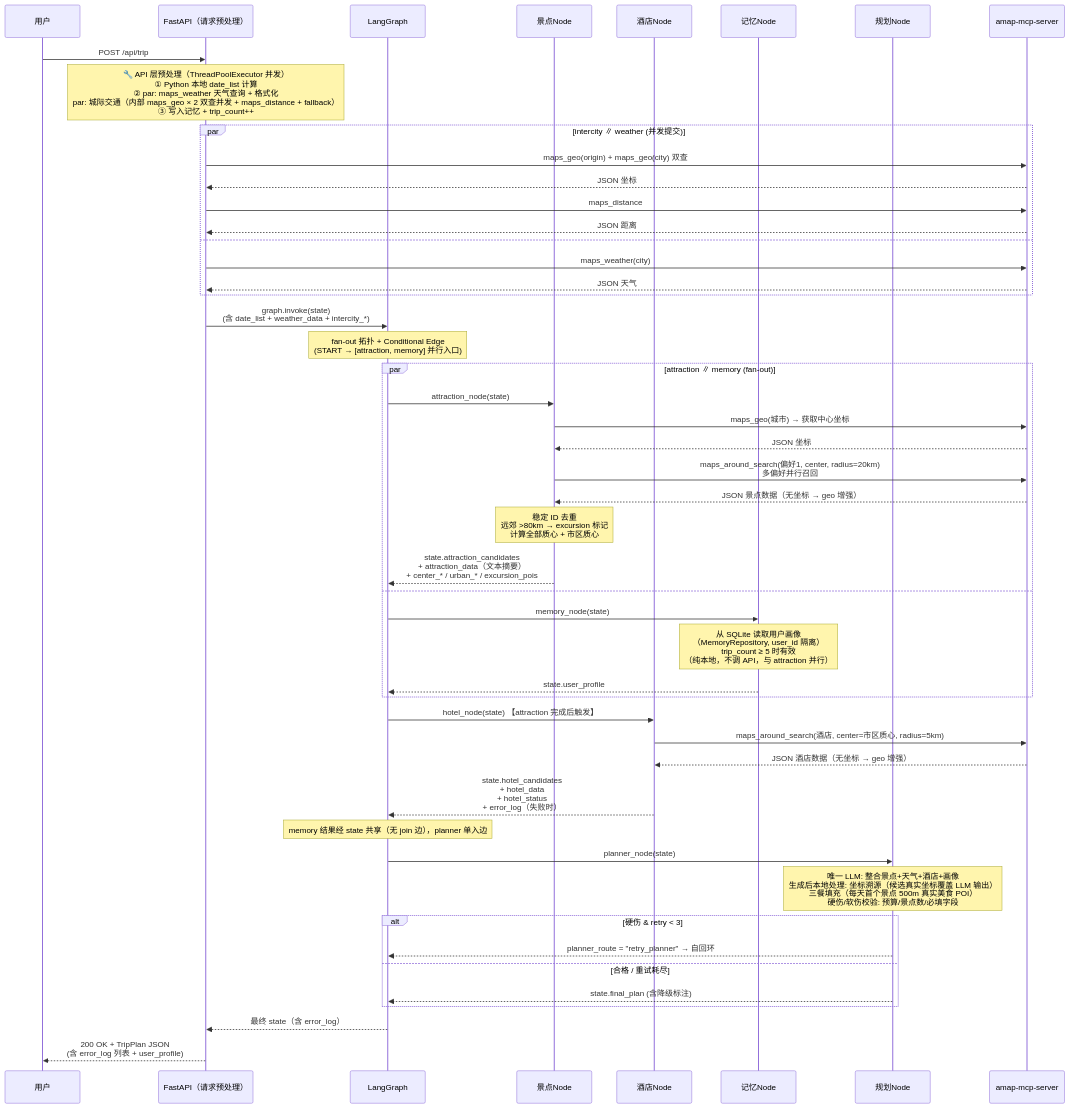
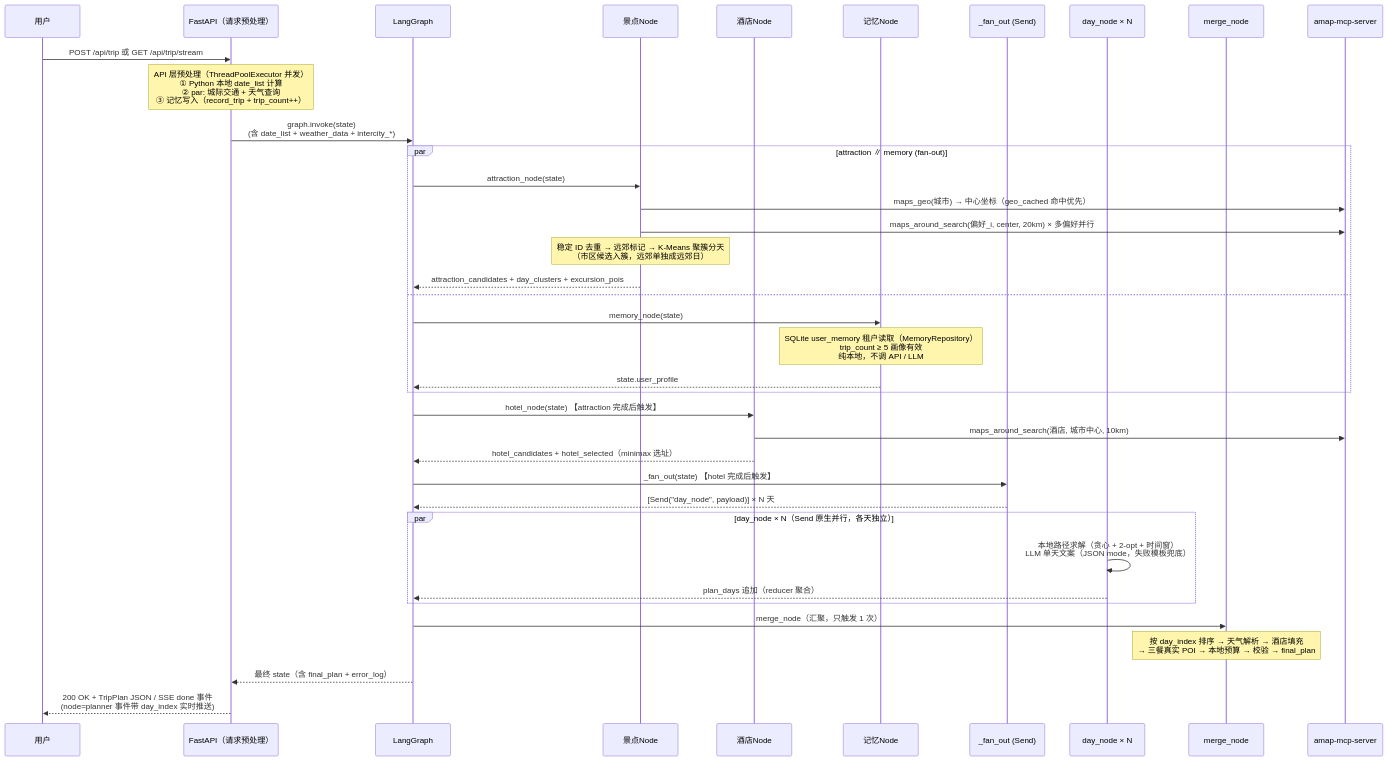
The third of 9 diagrams in ARCHITECTURE.md (SuperGODOG/tripplanner), drawn with Mermaid before and after one commit. The commit also changed other lines of this file and 4 other files, not shown here.

First line of the commit message:
docs: README 重写美化（mermaid 架构图 + badges）+ 架构文档全面同步 v3

````diff
--- a/ARCHITECTURE.md
+++ b/ARCHITECTURE.md
@@ -106,61 +126,49 @@
 ```mermaid
 sequenceDiagram
     participant User as 用户
     participant API as FastAPI（请求预处理）
     participant Graph as LangGraph
     participant Attr as 景点Node
     participant Hotel as 酒店Node
     participant Mem as 记忆Node
-    participant Plan as 规划Node
+    participant FO as _fan_out (Send)
+    participant Day as day_node × N
+    participant Merge as merge_node
     participant MCP as amap-mcp-server
 
-    User->>API: POST /api/trip
+    User->>API: POST /api/trip 或 GET /api/trip/stream
 
-    Note over API: 🔧 API 层预处理（ThreadPoolExecutor 并发）<br/>① Python 本地 date_list 计算<br/>② par: maps_weather 天气查询 + 格式化<br/>   par: 城际交通（内部 maps_geo × 2 双查并发 + maps_distance + fallback）<br/>③ 写入记忆 + trip_count++
-
-    par intercity ∥ weather (并发提交)
-        API->>MCP: maps_geo(origin) + maps_geo(city) 双查
-        MCP-->>API: JSON 坐标
-        API->>MCP: maps_distance
-        MCP-->>API: JSON 距离
-    and
-        API->>MCP: maps_weather(city)
-        MCP-->>API: JSON 天气
-    end
+    Note over API: API 层预处理（ThreadPoolExecutor 并发）<br/>① Python 本地 date_list 计算<br/>② par: 城际交通 + 天气查询<br/>③ 记忆写入（record_trip + trip_count++）
 
     API->>Graph: graph.invoke(state)<br/>(含 date_list + weather_data + intercity_*)
 
-    Note over Graph: fan-out 拓扑 + Conditional Edge<br/>(START → [attraction, memory] 并行入口)
-
     par attraction ∥ memory (fan-out)
         Graph->>Attr: attraction_node(state)
-        Attr->>MCP: maps_geo(城市) → 获取中心坐标
-        MCP-->>Attr: JSON 坐标
-        Attr->>MCP: maps_around_search(偏好1, center, radius=20km)<br/>多偏好并行召回
-        MCP-->>Attr: JSON 景点数据（无坐标 → geo 增强）
-        Note over Attr: 稳定 ID 去重<br/>远郊 >80km → excursion 标记<br/>计算全部质心 + 市区质心
-        Attr-->>Graph: state.attraction_candidates<br/>+ attraction_data（文本摘要）<br/>+ center_* / urban_* / excursion_pois
+        Attr->>MCP: maps_geo(城市) → 中心坐标（geo_cached 命中优先）
+        Attr->>MCP: maps_around_search(偏好_i, center, 20km) × 多偏好并行
+        Note over Attr: 稳定 ID 去重 → 远郊标记 → K-Means 聚簇分天<br/>（市区候选入簇，远郊单独成远郊日）
+        Attr-->>Graph: attraction_candidates + day_clusters + excursion_pois
     and
         Graph->>Mem: memory_node(state)
-        Note over Mem: 从 SQLite 读取用户画像<br/>（MemoryRepository, user_id 隔离）<br/>trip_count ≥ 5 时有效<br/>（纯本地，不调 API，与 attraction 并行）
+        Note over Mem: SQLite user_memory 租户读取（MemoryRepository）<br/>trip_count ≥ 5 画像有效<br/>纯本地，不调 API / LLM
         Mem-->>Graph: state.user_profile
     end
 
     Graph->>Hotel: hotel_node(state)  【attraction 完成后触发】
-    Hotel->>MCP: maps_around_search(酒店, center=市区质心, radius=5km)
-    MCP-->>Hotel: JSON 酒店数据（无坐标 → geo 增强）
-    Hotel-->>Graph: state.hotel_candidates<br/>+ hotel_data<br/>+ hotel_status<br/>+ error_log（失败时）
+    Hotel->>MCP: maps_around_search(酒店, 城市中心, 10km)
+    Hotel-->>Graph: hotel_candidates + hotel_selected（minimax 选址）
 
-    Note over Graph: memory 结果经 state 共享（无 join 边），planner 单入边
-    Graph->>Plan: planner_node(state)
-    Note over Plan: 唯一 LLM: 整合景点+天气+酒店+画像<br/>生成后本地处理: 坐标溯源（候选真实坐标覆盖 LLM 输出）<br/>三餐填充（每天首个景点 500m 真实美食 POI）<br/>硬伤/软伤校验: 预算/景点数/必填字段
+    Graph->>FO: _fan_out(state)  【hotel 完成后触发】
+    FO-->>Graph: [Send("day_node", payload)] × N 天
 
-    alt 硬伤 & retry < 3
-        Plan-->>Graph: planner_route = "retry_planner" → 自回环
-    else 合格 / 重试耗尽
-        Plan-->>Graph: state.final_plan (含降级标注)
+    par day_node × N（Send 原生并行，各天独立）
+        Day->>Day: 本地路径求解（贪心 + 2-opt + 时间窗）<br/>LLM 单天文案（JSON mode，失败模板兜底）
+        Day-->>Graph: plan_days 追加（reducer 聚合）
     end
 
-    Graph-->>API: 最终 state（含 error_log）
-    API-->>User: 200 OK + TripPlan JSON<br/>(含 error_log 列表 + user_profile)
+    Graph->>Merge: merge_node（汇聚，只触发 1 次）
+    Note over Merge: 按 day_index 排序 → 天气解析 → 酒店填充<br/>→ 三餐真实 POI → 本地预算 → 校验 → final_plan
+
+    Graph-->>API: 最终 state（含 final_plan + error_log）
+    API-->>User: 200 OK + TripPlan JSON / SSE done 事件<br/>(node=planner 事件带 day_index 实时推送)
 ```
````
